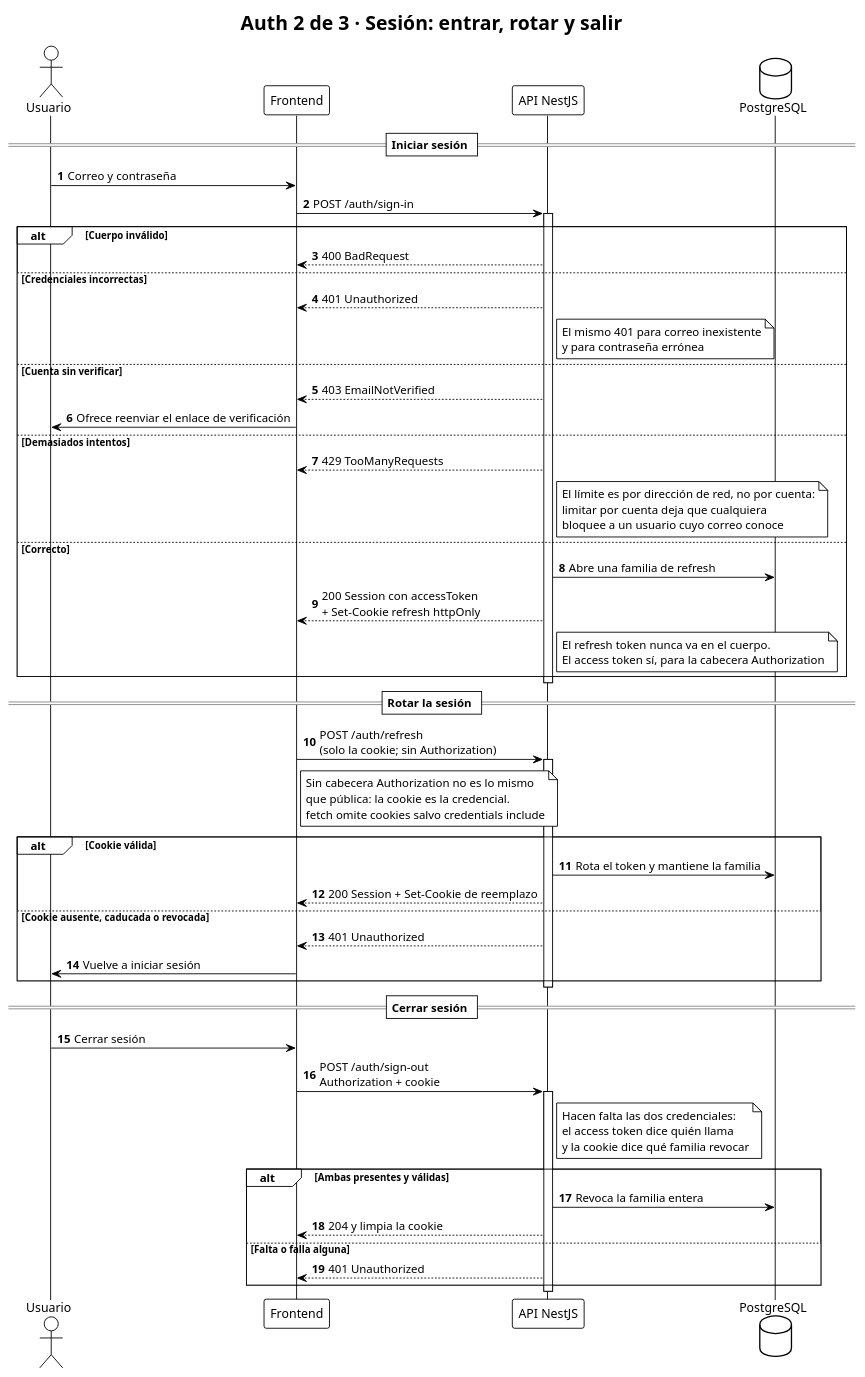
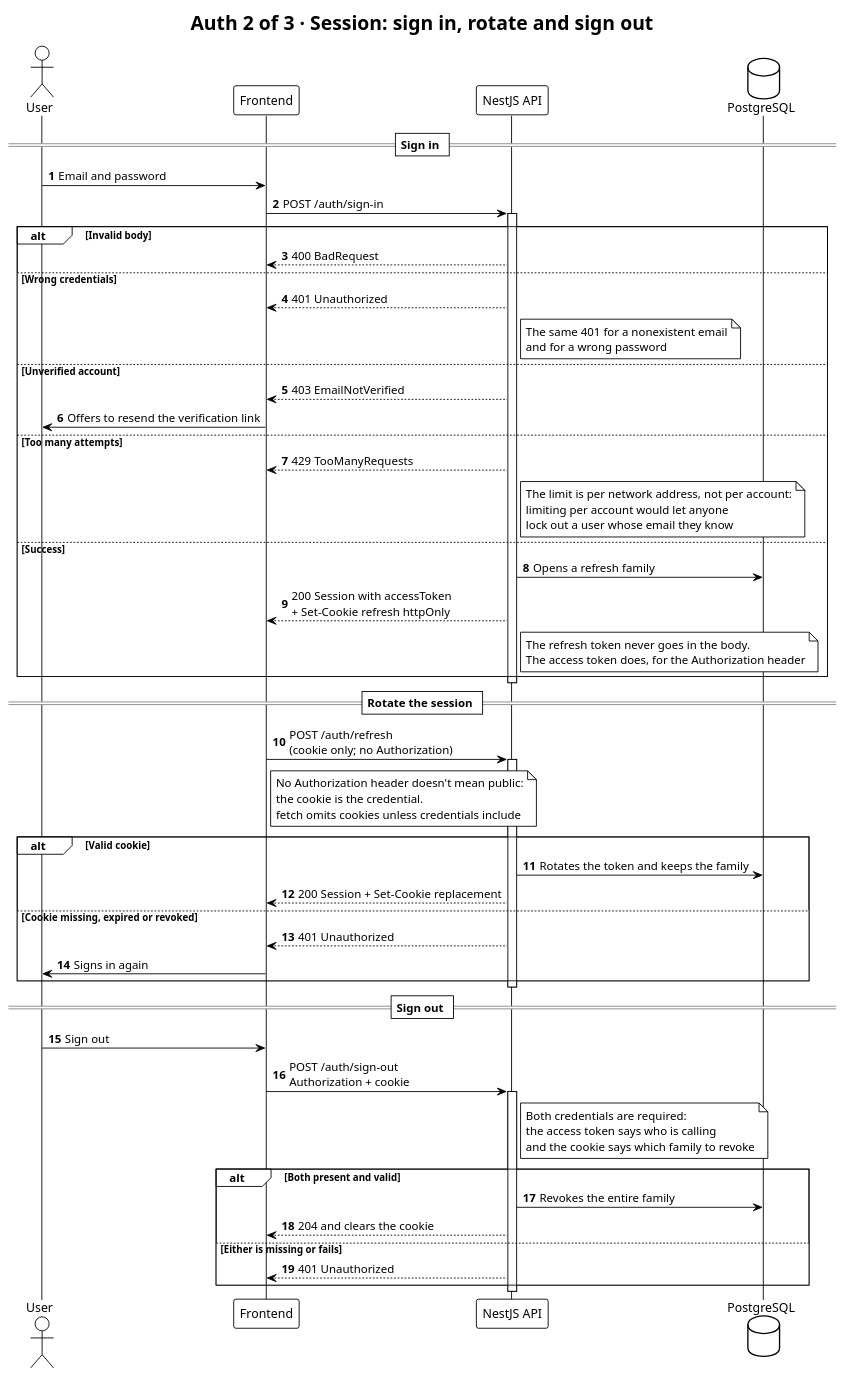
One commit to fabianespinoza-ravn/tshirt-store-api changed the diagram in docs/flows/02-auth-session.puml. Above: the diagram before and after it, drawn with PlantUML. The commit also changed 10 other files, not shown here.

First line of the commit message:
docs(flows): translate PlantUML diagram content to English

```diff
--- a/docs/flows/02-auth-session.puml
+++ b/docs/flows/02-auth-session.puml
@@ -1,60 +1,60 @@
 @startuml
 !theme plain
-title Auth 2 de 3 · Sesión: entrar, rotar y salir
+title Auth 2 of 3 · Session: sign in, rotate and sign out
 autonumber
 skinparam responseMessageBelowArrow true
 
-actor "Usuario" as U
+actor "User" as U
 participant "Frontend" as F
-participant "API NestJS" as A
+participant "NestJS API" as A
 database "PostgreSQL" as DB
 
-== Iniciar sesión ==
-U -> F : Correo y contraseña
+== Sign in ==
+U -> F : Email and password
 F -> A : POST /auth/sign-in
 activate A
-alt Cuerpo inválido
+alt Invalid body
   A --> F : 400 BadRequest
-else Credenciales incorrectas
+else Wrong credentials
   A --> F : 401 Unauthorized
-  note right of A : El mismo 401 para correo inexistente\ny para contraseña errónea
-else Cuenta sin verificar
+  note right of A : The same 401 for a nonexistent email\nand for a wrong password
+else Unverified account
   A --> F : 403 EmailNotVerified
-  F -> U : Ofrece reenviar el enlace de verificación
-else Demasiados intentos
+  F -> U : Offers to resend the verification link
+else Too many attempts
   A --> F : 429 TooManyRequests
-  note right of A : El límite es por dirección de red, no por cuenta:\nlimitar por cuenta deja que cualquiera\nbloquee a un usuario cuyo correo conoce
-else Correcto
-  A -> DB : Abre una familia de refresh
-  A --> F : 200 Session con accessToken\n+ Set-Cookie refresh httpOnly
-  note right of A : El refresh token nunca va en el cuerpo.\nEl access token sí, para la cabecera Authorization
+  note right of A : The limit is per network address, not per account:\nlimiting per account would let anyone\nlock out a user whose email they know
+else Success
+  A -> DB : Opens a refresh family
+  A --> F : 200 Session with accessToken\n+ Set-Cookie refresh httpOnly
+  note right of A : The refresh token never goes in the body.\nThe access token does, for the Authorization header
 end
 deactivate A
 
-== Rotar la sesión ==
-F -> A : POST /auth/refresh\n(solo la cookie; sin Authorization)
-note right of F : Sin cabecera Authorization no es lo mismo\nque pública: la cookie es la credencial.\nfetch omite cookies salvo credentials include
+== Rotate the session ==
+F -> A : POST /auth/refresh\n(cookie only; no Authorization)
+note right of F : No Authorization header doesn't mean public:\nthe cookie is the credential.\nfetch omits cookies unless credentials include
 activate A
-alt Cookie válida
-  A -> DB : Rota el token y mantiene la familia
-  A --> F : 200 Session + Set-Cookie de reemplazo
-else Cookie ausente, caducada o revocada
+alt Valid cookie
+  A -> DB : Rotates the token and keeps the family
+  A --> F : 200 Session + Set-Cookie replacement
+else Cookie missing, expired or revoked
   A --> F : 401 Unauthorized
-  F -> U : Vuelve a iniciar sesión
+  F -> U : Signs in again
 end
 deactivate A
 
-== Cerrar sesión ==
-U -> F : Cerrar sesión
+== Sign out ==
+U -> F : Sign out
 F -> A : POST /auth/sign-out\nAuthorization + cookie
-note right of A : Hacen falta las dos credenciales:\nel access token dice quién llama\ny la cookie dice qué familia revocar
+note right of A : Both credentials are required:\nthe access token says who is calling\nand the cookie says which family to revoke
 activate A
-alt Ambas presentes y válidas
-  A -> DB : Revoca la familia entera
-  A --> F : 204 y limpia la cookie
-else Falta o falla alguna
+alt Both present and valid
+  A -> DB : Revokes the entire family
+  A --> F : 204 and clears the cookie
+else Either is missing or fails
   A --> F : 401 Unauthorized
 end
 deactivate A
 
 @enduml
```
